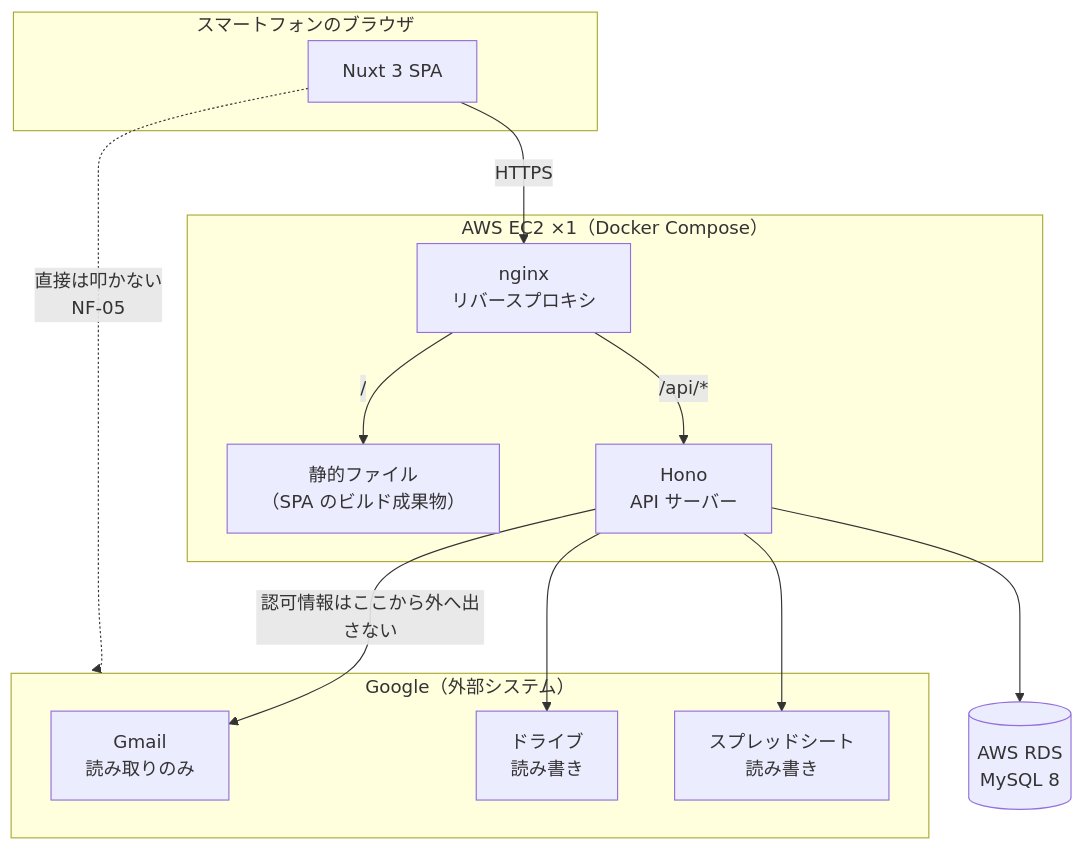
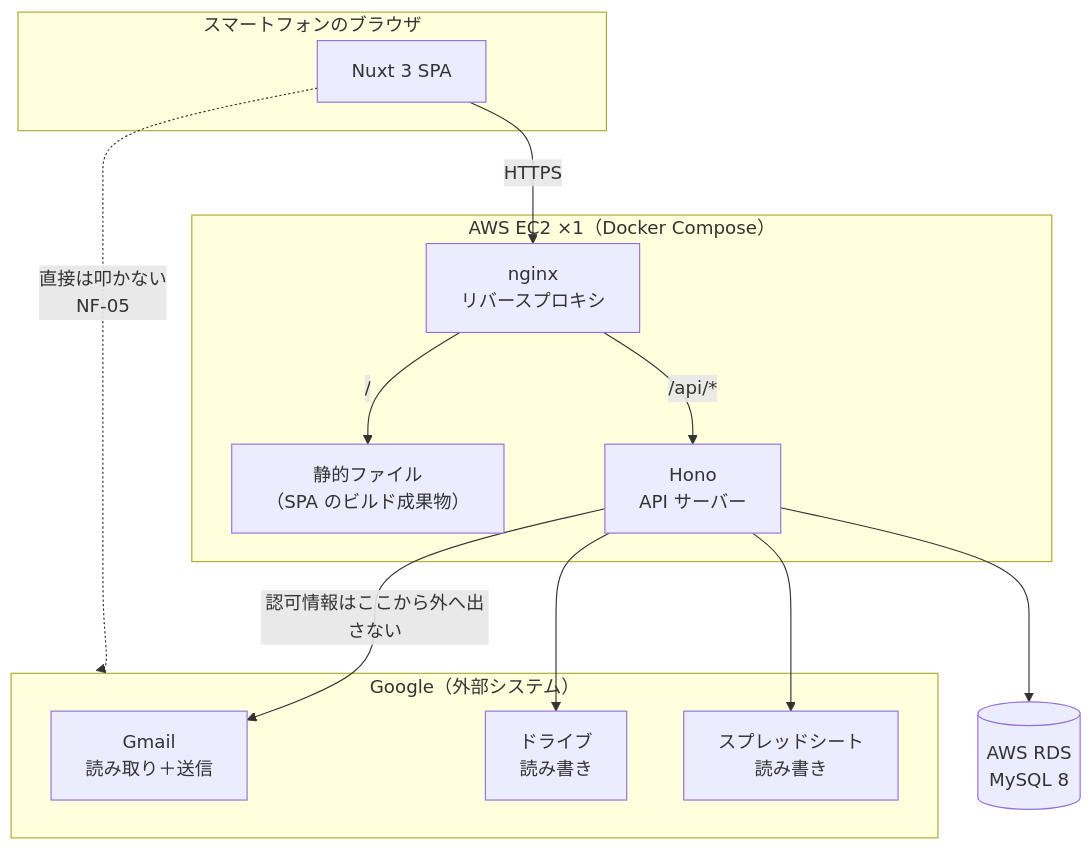
The diagram in docs/design/architecture.md (tk-media-code/expense-claim), drawn with Mermaid before and after one commit. The commit also changed other lines of this file and 4 other files, not shown here.

````diff
--- a/docs/design/architecture.md
+++ b/docs/design/architecture.md
@@ -245,30 +257,30 @@
 ```mermaid
 flowchart TB
     subgraph client["スマートフォンのブラウザ"]
         spa["Nuxt 3 SPA"]
     end
 
     subgraph ec2["AWS EC2 ×1（Docker Compose）"]
         nginx["nginx<br/>リバースプロキシ"]
         static["静的ファイル<br/>（SPA のビルド成果物）"]
         api["Hono<br/>API サーバー"]
     end
 
     rds[("AWS RDS<br/>MySQL 8")]
 
     subgraph google["Google（外部システム）"]
-        gmail["Gmail<br/>読み取りのみ"]
+        gmail["Gmail<br/>読み取り＋送信"]
         drive["ドライブ<br/>読み書き"]
         sheets["スプレッドシート<br/>読み書き"]
     end
 
     spa -->|HTTPS| nginx
     nginx -->|"/"| static
     nginx -->|"/api/*"| api
     api --> rds
     api -->|認可情報はここから外へ出さない| gmail
     api --> drive
     api --> sheets
 
     spa -.->|直接は叩かない<br/>NF-05| google
 ```
````
